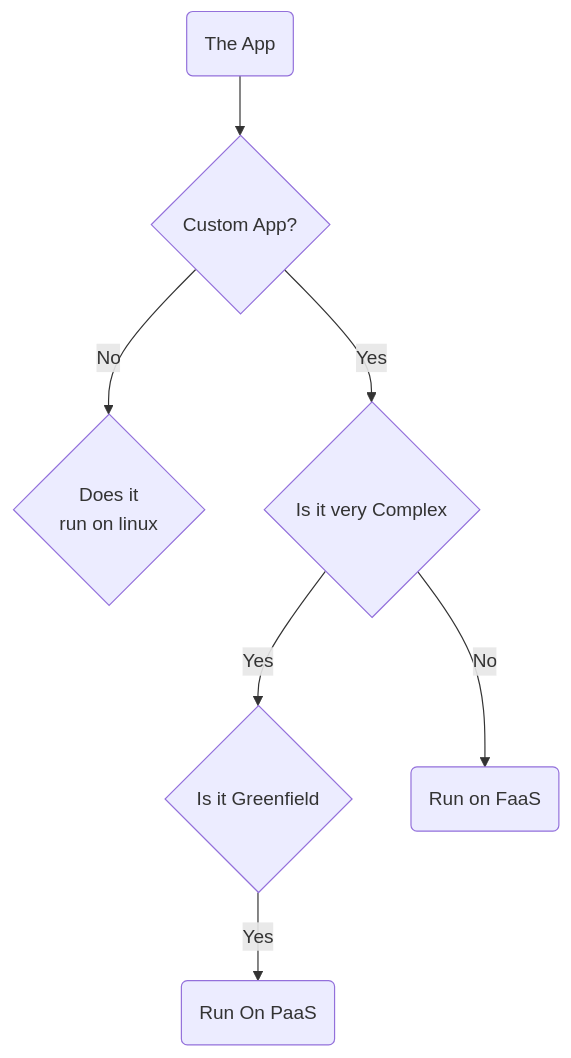
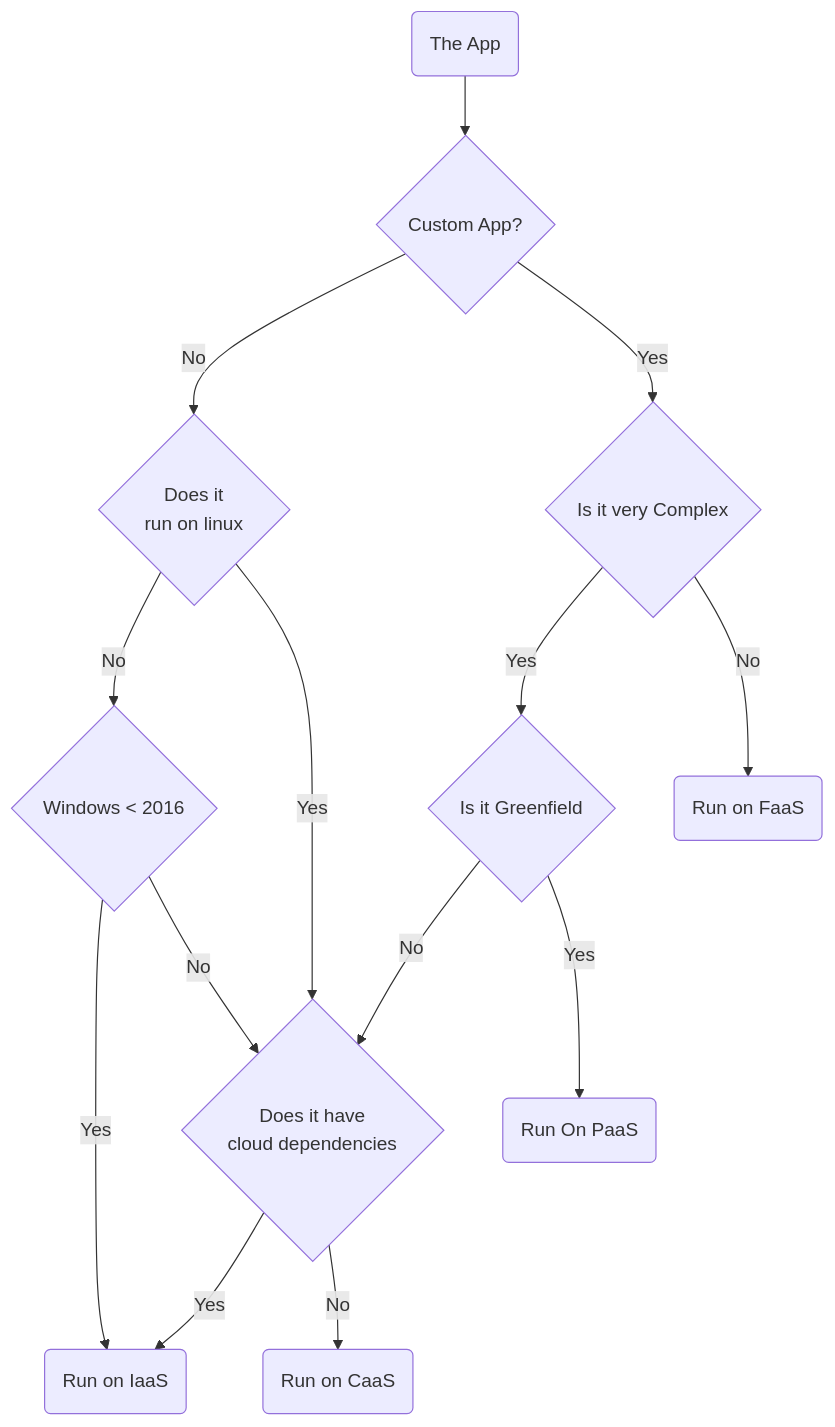
The first of 2 diagrams in content/blog/XaaS.adoc (jshingler/jshingler-blog), drawn with Mermaid before and after one commit. The commit also changed other lines of this file and 4 other files, not shown here.

```diff
--- a/content/blog/XaaS.adoc
+++ b/content/blog/XaaS.adoc
@@ -324,10 +323,17 @@
 [mermaid, "./run-dt", png]
 ....
 graph TD
    A(The App) --> B{Custom App?}
    B -->|No| H{Does it <br>run on linux}
+   H -->|No| J{Windows < 2016}
+   H -->|Yes| I{Does it have <br>cloud dependencies}
+   J -->|Yes| K(Run on IaaS)
+   J -->|No| I
+   I -->|Yes| K
+   I -->|No| L(Run on CaaS)
    B -->|Yes| C{Is it very Complex}
    C -->|Yes| G{Is it Greenfield}
+   G -->|No| I
    C -->|No| E(Run on FaaS)
    G -->|Yes| D(Run On PaaS) 
 ....
```
